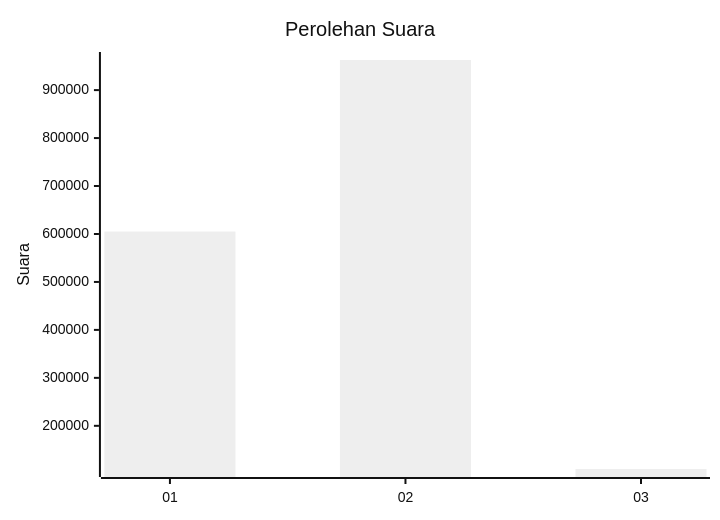
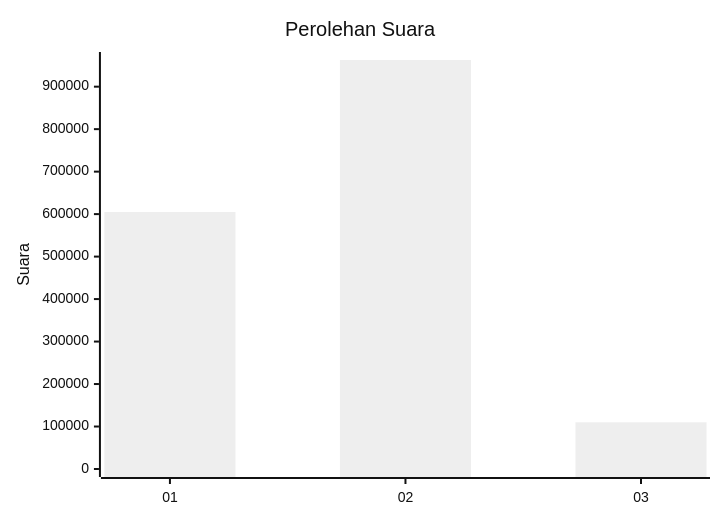
Before and after one commit to gigit-pemilu/pemilu-2024: the first of 2 diagrams in pilpres/hitung-suara/sub/table-wilayah-63.md, drawn with Mermaid (neutral theme). The commit also changed 42 other files, not shown here.

````diff
--- a/pilpres/hitung-suara/sub/table-wilayah-63.md
+++ b/pilpres/hitung-suara/sub/table-wilayah-63.md
@@ -7,7 +7,7 @@
 ```mermaid
 xychart-beta
     title "Perolehan Suara"
     x-axis [01, 02, 03]
-    y-axis "Suara"
+    y-axis "Suara" 0 --> 962774
     bar [605075, 962774, 109947]
 ```
````
